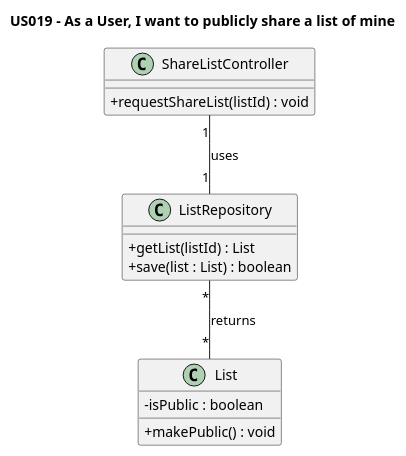
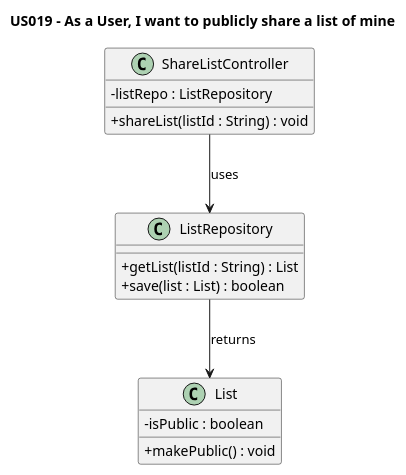
The diagram in Diagrams/ClassDiagrams/US019-to-publicly-share-a-list.puml (AndrePereiraGitH/SWitCH-Project-Team_A), drawn with PlantUML before and after one commit. The commit also changed 3 other files, not shown here.

```diff
--- a/Diagrams/ClassDiagrams/US019-to-publicly-share-a-list.puml
+++ b/Diagrams/ClassDiagrams/US019-to-publicly-share-a-list.puml
@@ -1,24 +1,24 @@
 @startuml
 
 title US019 - As a User, I want to publicly share a list of mine
 
 skinparam classAttributeIconSize 0
 
 class ShareListController {
-  +requestShareList(listId) : void
+  -listRepo : ListRepository
+  +shareList(listId : String) : void
 }
 
 class ListRepository {
-  +getList(listId) : List
+  +getList(listId : String) : List
   +save(list : List) : boolean
 }
 
 class List {
   -isPublic : boolean
   +makePublic() : void
 }
 
-ShareListController "1"--"1" ListRepository : uses
-ListRepository "*"--"*" List : returns
-
+ShareListController --> ListRepository : uses
+ListRepository --> List : returns
 @enduml
```
